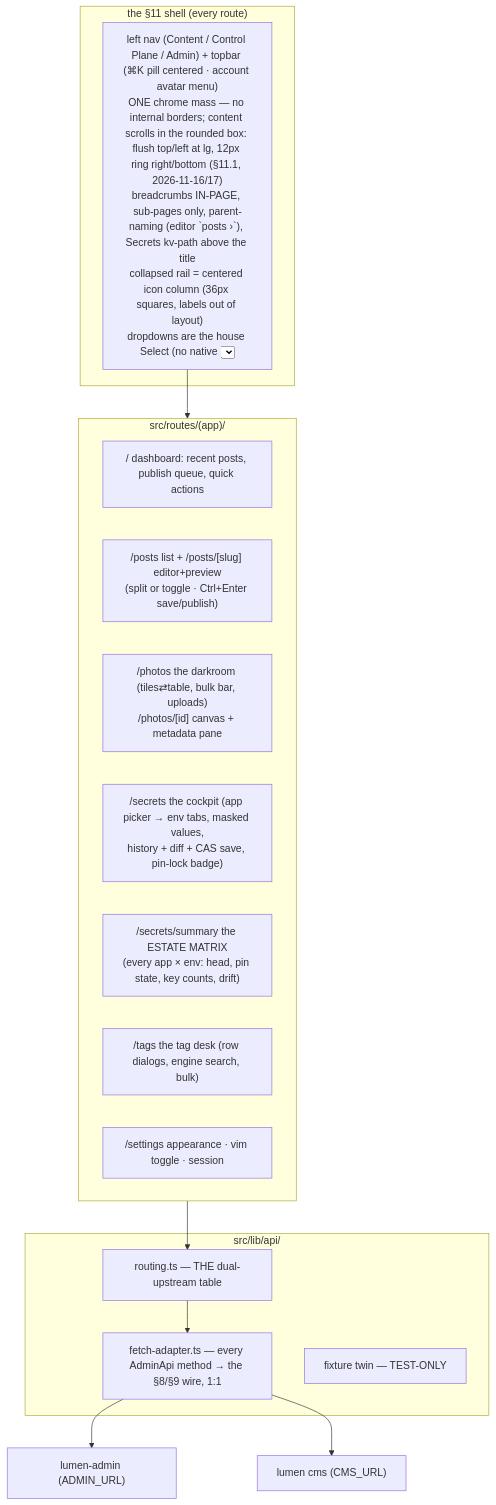
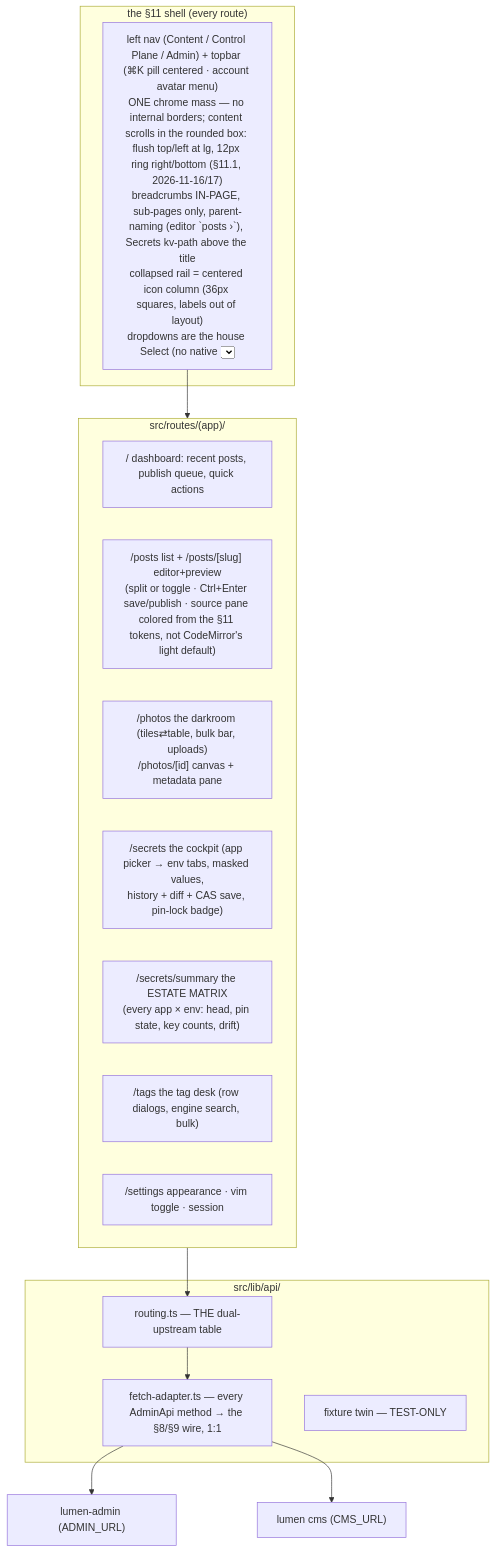
Before and after one commit to kanatabi/omicron: the first of 2 diagrams in context-knowledge/repos/mellon/README.md, drawn with Mermaid. The commit also changed other lines of this file and 1 other file, not shown here.

First line of the commit message:
docs(vault): mellon — the editor token-palette round

````diff
--- a/context-knowledge/repos/mellon/README.md
+++ b/context-knowledge/repos/mellon/README.md
@@ -46,25 +46,25 @@
 ```mermaid
 flowchart TB
     subgraph shell["the §11 shell (every route)"]
         NAV["left nav (Content / Control Plane / Admin) + topbar (⌘K pill centered · account avatar menu)<br/>ONE chrome mass — no internal borders; content scrolls in the rounded box: flush top/left at lg, 12px ring right/bottom (§11.1, 2026-11-16/17)<br/>breadcrumbs IN-PAGE, sub-pages only, parent-naming (editor `posts ›`), Secrets kv-path above the title<br/>collapsed rail = centered icon column (36px squares, labels out of layout)<br/>dropdowns are the house Select (no native <select>); content-mode palette rows wear cast-hued type pills"]
     end
     subgraph app["src/routes/(app)/"]
         DASH["/ dashboard: recent posts, publish queue, quick actions"]
-        POSTS["/posts list + /posts/[slug] editor+preview<br/>(split or toggle · Ctrl+Enter save/publish)"]
+        POSTS["/posts list + /posts/[slug] editor+preview<br/>(split or toggle · Ctrl+Enter save/publish · source pane colored from the §11 tokens, not CodeMirror's light default)"]
         PHOTOS["/photos the darkroom (tiles⇄table, bulk bar, uploads)<br/>/photos/[id] canvas + metadata pane"]
         SEC["/secrets the cockpit (app picker → env tabs, masked values,<br/>history + diff + CAS save, pin-lock badge)"]
         SUM["/secrets/summary the ESTATE MATRIX<br/>(every app × env: head, pin state, key counts, drift)"]
         TAGS["/tags the tag desk (row dialogs, engine search, bulk)"]
         SET["/settings appearance · vim toggle · session"]
     end
     subgraph lib["src/lib/api/"]
         RT["routing.ts — THE dual-upstream table"]
         FA["fetch-adapter.ts — every AdminApi method → the §8/§9 wire, 1:1"]
         TWIN["fixture twin — TEST-ONLY"]
     end
     NAV --> app
     app --> RT
     RT --> FA
     FA --> A["lumen-admin (ADMIN_URL)"]
     FA --> C["lumen cms (CMS_URL)"]
 ```
````
